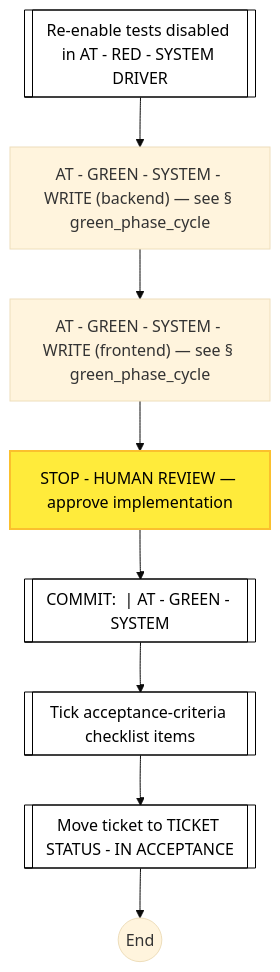
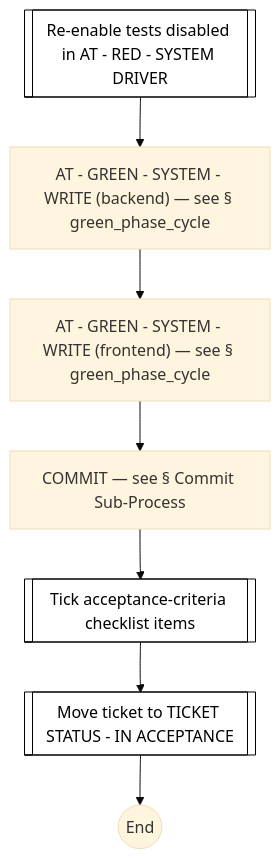
One commit to optivem/gh-optivem changed the sixth of 15 diagrams in docs/process-diagram.md. Above: the diagram before and after it, drawn with Mermaid (base theme). The commit also changed other lines of this file and 27 other files, not shown here.

First line of the commit message:
atdd: extract shared commit sub-process — pair APPROVE_COMMIT with EXECUTE_COMMIT by construction

````diff
--- a/docs/process-diagram.md
+++ b/docs/process-diagram.md
@@ -145,25 +145,20 @@
 ```mermaid
 flowchart TD
     AT_GREEN_BACKEND["AT - GREEN - SYSTEM - WRITE (backend) — see § green_phase_cycle"]
     AT_GREEN_FRONTEND["AT - GREEN - SYSTEM - WRITE (frontend) — see § green_phase_cycle"]
-    COMMIT_GREEN[["COMMIT: <Ticket> | AT - GREEN - SYSTEM"]]
+    COMMIT[COMMIT — see § Commit Sub-Process]
     ENABLE_TESTS[[Re-enable tests disabled in AT - RED - SYSTEM DRIVER]]
     GS_END((End))
     MOVE_TICKET_IN_ACCEPTANCE[[Move ticket to TICKET STATUS - IN ACCEPTANCE]]
-    STOP_GREEN_REVIEW[STOP - HUMAN REVIEW — approve implementation]
     TICK[[Tick acceptance-criteria checklist items]]
 
     ENABLE_TESTS --> AT_GREEN_BACKEND
     AT_GREEN_BACKEND --> AT_GREEN_FRONTEND
-    AT_GREEN_FRONTEND --> STOP_GREEN_REVIEW
-    STOP_GREEN_REVIEW --> COMMIT_GREEN
-    COMMIT_GREEN --> TICK
+    AT_GREEN_FRONTEND --> COMMIT
+    COMMIT --> TICK
     TICK --> MOVE_TICKET_IN_ACCEPTANCE
     MOVE_TICKET_IN_ACCEPTANCE --> GS_END
 
     classDef serviceNode fill:#ffffff,stroke:#000000,stroke-width:1px,color:#000000
-    class COMMIT_GREEN,ENABLE_TESTS,MOVE_TICKET_IN_ACCEPTANCE,TICK serviceNode
-
-    classDef humanNode fill:#ffeb3b,stroke:#fbc02d,stroke-width:2px,color:#000000
-    class STOP_GREEN_REVIEW humanNode
+    class ENABLE_TESTS,MOVE_TICKET_IN_ACCEPTANCE,TICK serviceNode
 ```
````
